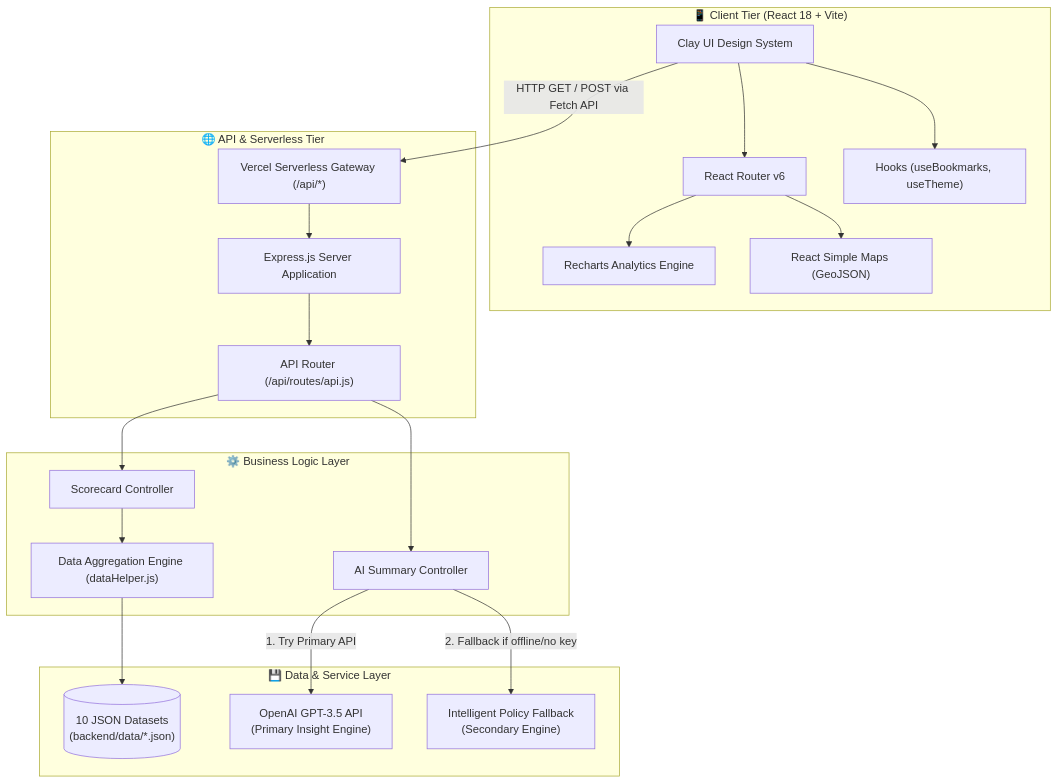
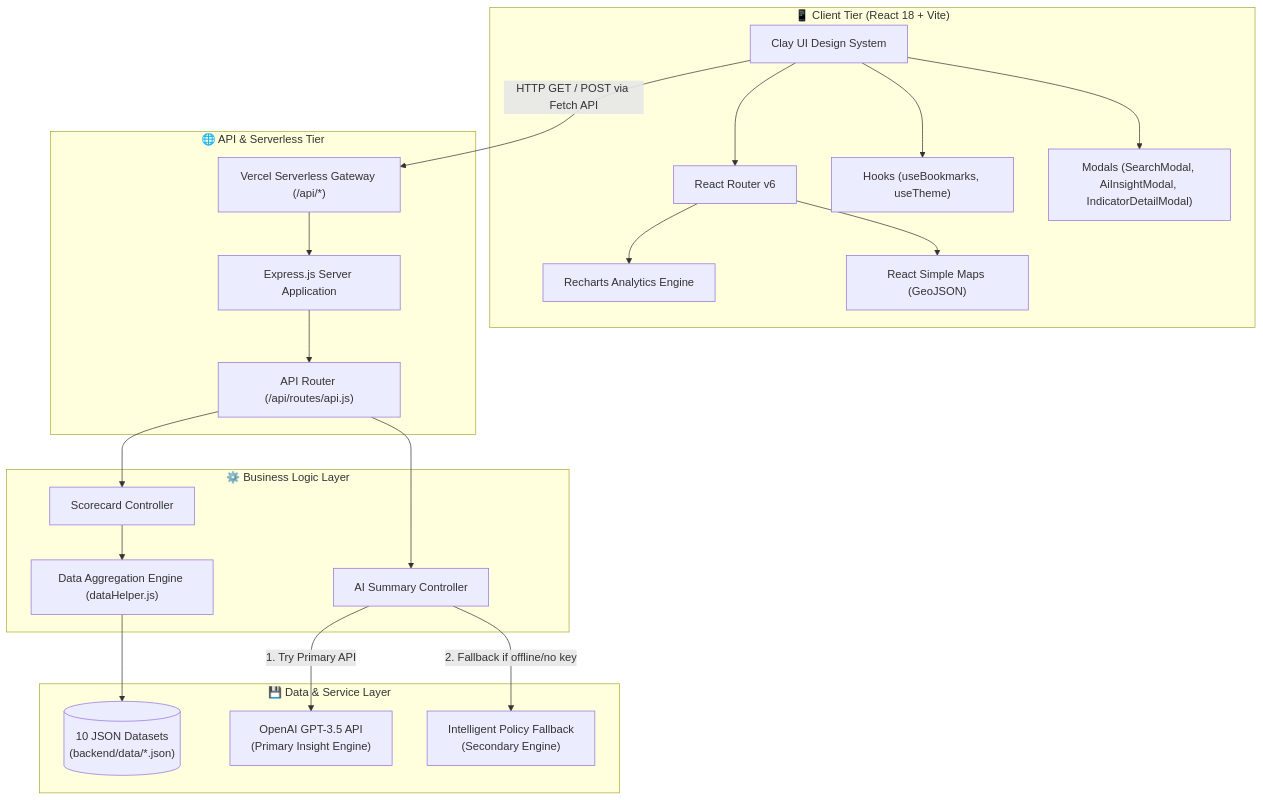
The first of 7 diagrams in architecture.md (SoumyaSagarNayak/let-scode-challenge), drawn with Mermaid before and after one commit. The commit also changed other lines of this file and 2 other files, not shown here.

````diff
--- a/architecture.md
+++ b/architecture.md
@@ -46,40 +48,41 @@
 ```mermaid
 graph TD
     subgraph Client Tier ["📱 Client Tier (React 18 + Vite)"]
         UI["Clay UI Design System"]
         Router["React Router v6"]
         Recharts["Recharts Analytics Engine"]
         Maps["React Simple Maps (GeoJSON)"]
         State["Hooks (useBookmarks, useTheme)"]
+        Modals["Modals (SearchModal, AiInsightModal, IndicatorDetailModal)"]
     end
 
     subgraph API Gateway ["🌐 API & Serverless Tier"]
         VercelRewrite["Vercel Serverless Gateway (/api/*)"]
         ExpressApp["Express.js Server Application"]
         ApiRoutes["API Router (/api/routes/api.js)"]
     end
 
     subgraph Controller Layer ["⚙️ Business Logic Layer"]
         ScorecardCtrl["Scorecard Controller"]
         AICtrl["AI Summary Controller"]
         DataHelper["Data Aggregation Engine (dataHelper.js)"]
     end
 
     subgraph Data & External Services ["💾 Data & Service Layer"]
         JSONStore[("10 JSON Datasets\n(backend/data/*.json)")]
         OpenAI["OpenAI GPT-3.5 API\n(Primary Insight Engine)"]
         MockAI["Intelligent Policy Fallback\n(Secondary Engine)"]
     end
 
     UI --> Router
     Router --> Recharts & Maps
-    UI --> State
+    UI --> State & Modals
     UI -- "HTTP GET / POST via Fetch API" --> VercelRewrite
     VercelRewrite --> ExpressApp
     ExpressApp --> ApiRoutes
     ApiRoutes --> ScorecardCtrl & AICtrl
     ScorecardCtrl --> DataHelper
     DataHelper --> JSONStore
     AICtrl -- "1. Try Primary API" --> OpenAI
     AICtrl -- "2. Fallback if offline/no key" --> MockAI
 ```
````
